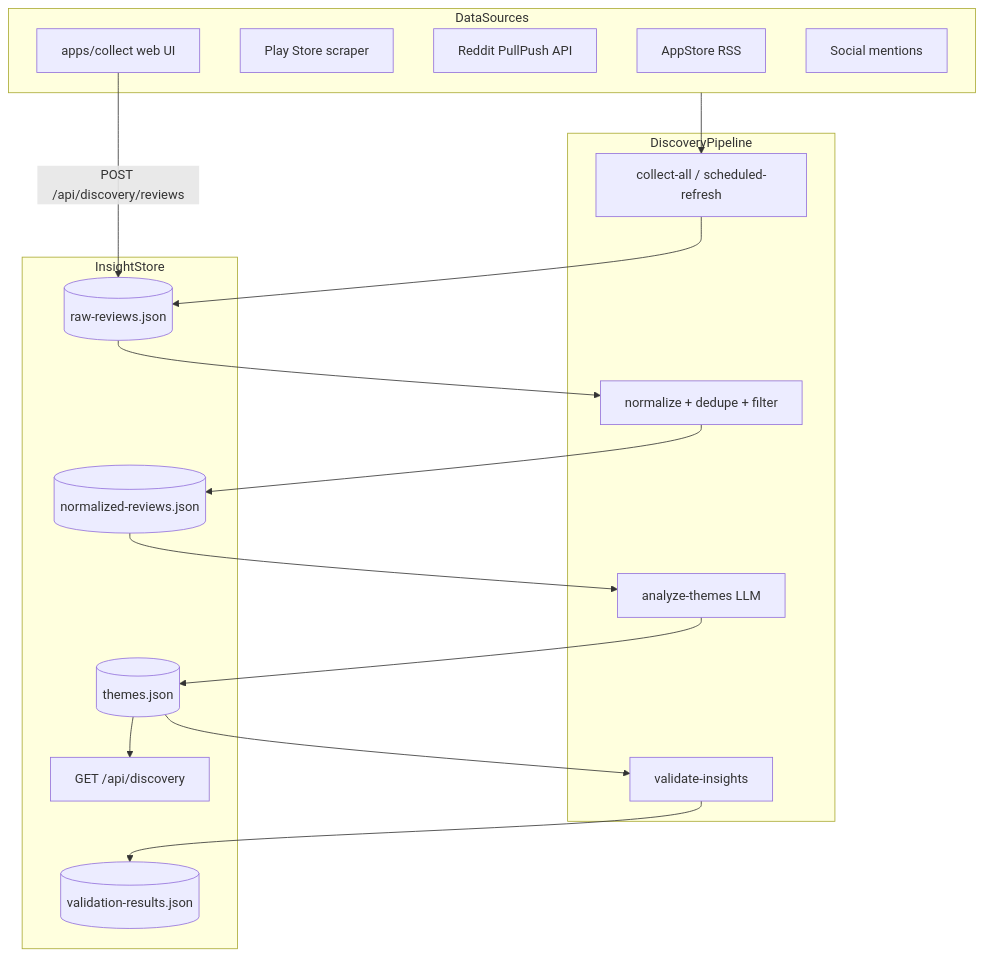
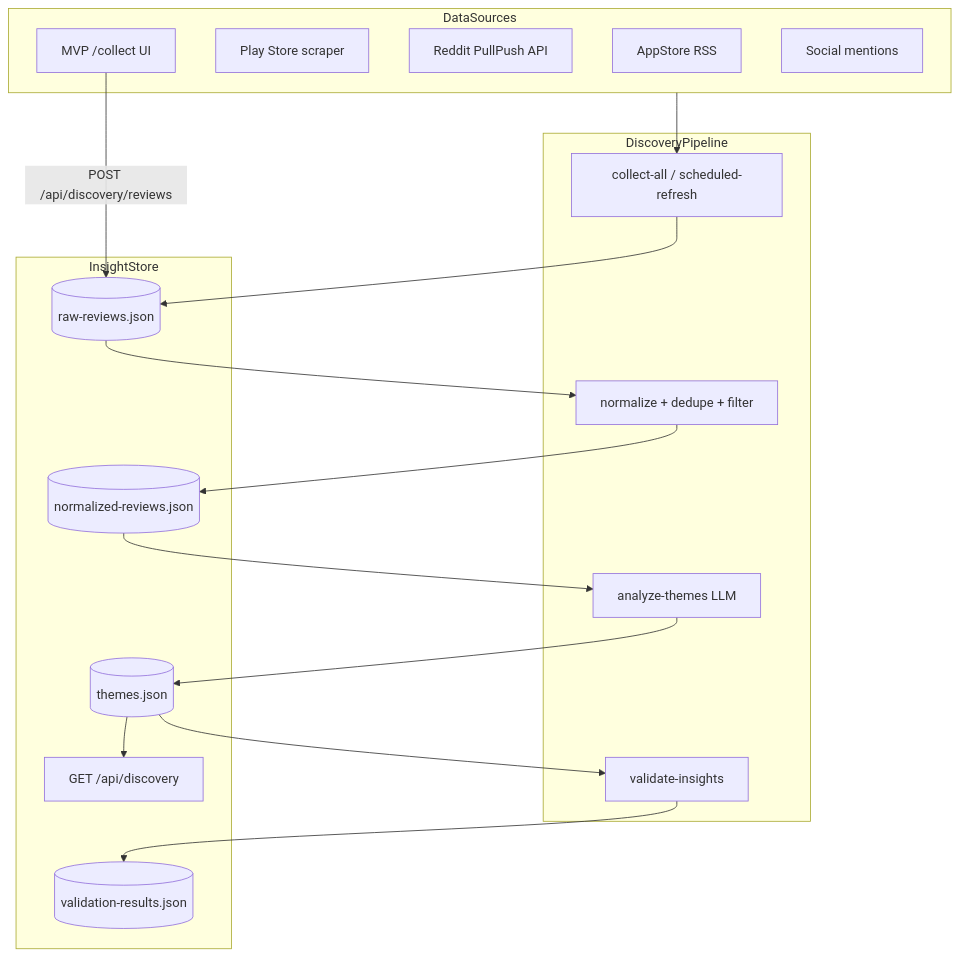
One commit to vrj87/blinkit-copy changed the third of 5 diagrams in docs/architecture.md. Above: the diagram before and after it, drawn with Mermaid. The commit also changed other lines of this file and 46 other files, not shown here.

First line of the commit message:
Add Blinkit storefront UX, cart flow, and embedded collect pipeline.

````diff
--- a/docs/architecture.md
+++ b/docs/architecture.md
@@ -167,31 +169,31 @@
 ```mermaid
 flowchart TB
   subgraph sources [DataSources]
     AppStore[AppStore RSS]
     PlayStore[Play Store scraper]
     Reddit[Reddit PullPush API]
-    WebUI[apps/collect web UI]
+    WebUI[MVP /collect UI]
     Social[Social mentions]
   end
 
   subgraph pipeline [DiscoveryPipeline]
     Collect[collect-all / scheduled-refresh]
     Normalize[normalize + dedupe + filter]
     Analyze[analyze-themes LLM]
     Validate[validate-insights]
   end
 
   subgraph storage [InsightStore]
     Raw[(raw-reviews.json)]
     Normalized[(normalized-reviews.json)]
     Themes[(themes.json)]
     Validation[(validation-results.json)]
     APIExpose["GET /api/discovery"]
   end
 
   sources --> Collect --> Raw
   Raw --> Normalize --> Normalized
   Normalized --> Analyze --> Themes --> Validate --> Validation
   Themes --> APIExpose
   WebUI -->|"POST /api/discovery/reviews"| Raw
 ```
````
